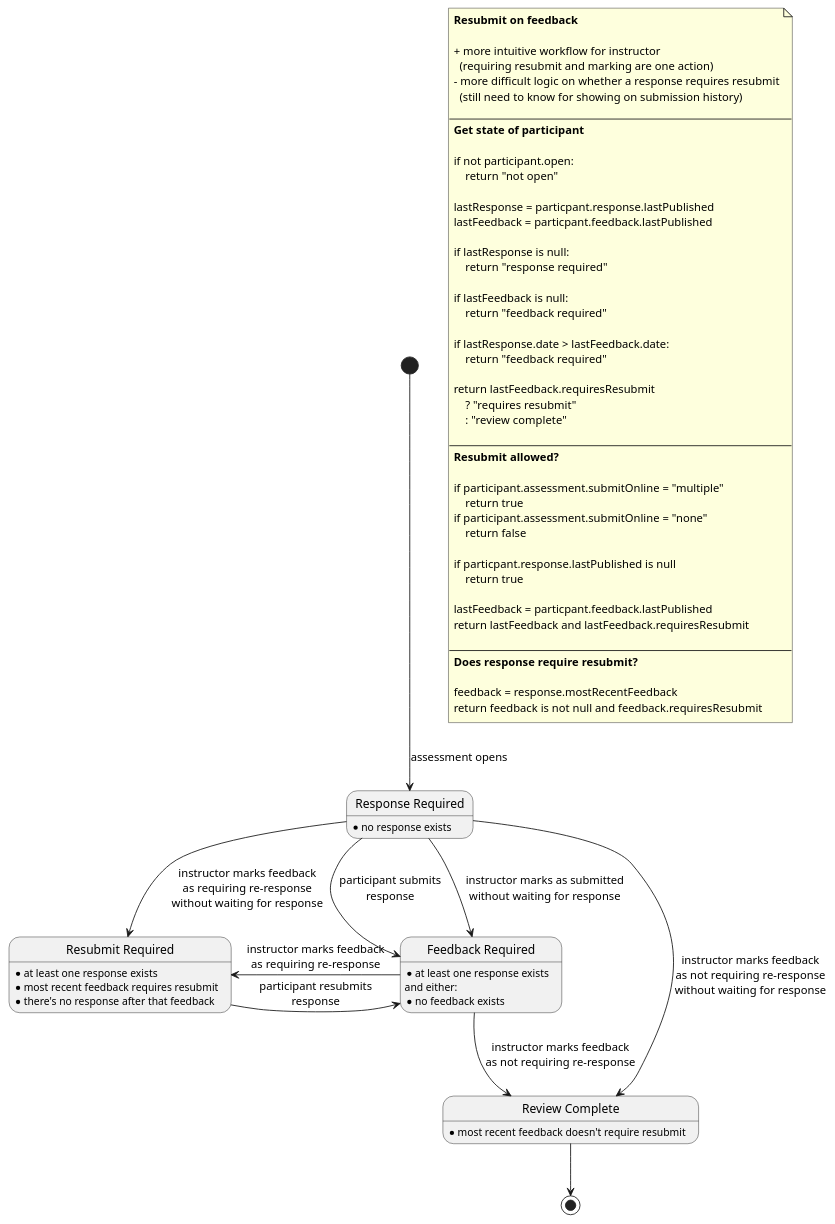
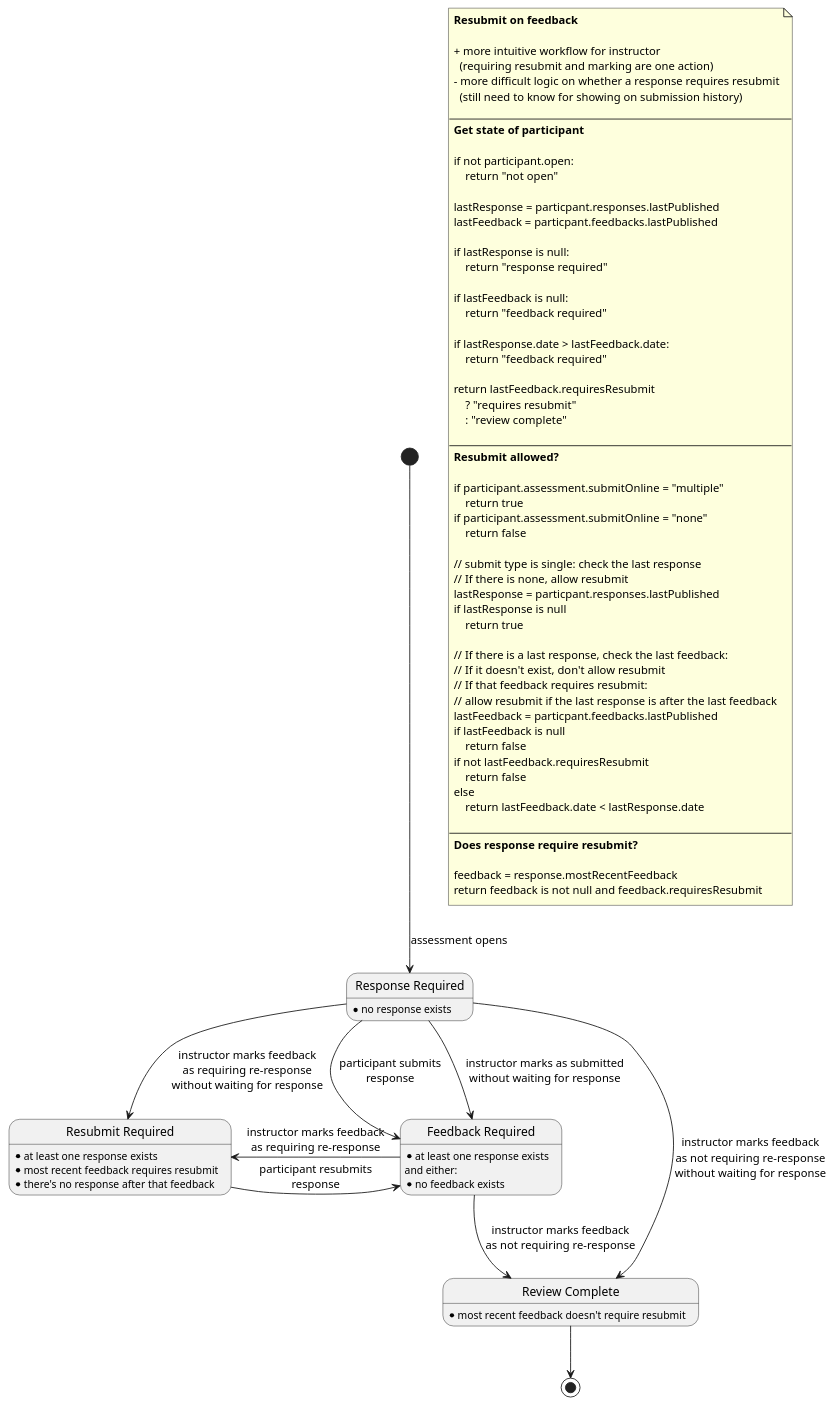
One commit to juliaattrevisan/schoolbox-api-docs changed the diagram in library/Schoolbox/Learning/Assessment/DueWork/resubmit-on-feedback.plantuml. Above: the diagram before and after it, drawn with PlantUML. The commit also changed 1 other file, not shown here.

Commit message:
Fix up resubmit allowed rule for resubmit on feedback [SA-9500]

```diff
--- a/library/Schoolbox/Learning/Assessment/DueWork/resubmit-on-feedback.plantuml
+++ b/library/Schoolbox/Learning/Assessment/DueWork/resubmit-on-feedback.plantuml
@@ -1,84 +1,96 @@
 @startuml
 
 note as n1
     <b>Resubmit on feedback</b>
 
     + more intuitive workflow for instructor
       (requiring resubmit and marking are one action)
     - more difficult logic on whether a response requires resubmit
       (still need to know for showing on submission history)
 
     ----
     <b>Get state of participant</b>
 
     if not participant.open:
         return "not open"
 
-    lastResponse = particpant.response.lastPublished
-    lastFeedback = particpant.feedback.lastPublished
+    lastResponse = particpant.responses.lastPublished
+    lastFeedback = particpant.feedbacks.lastPublished
 
     if lastResponse is null:
         return "response required"
 
     if lastFeedback is null:
         return "feedback required"
 
     if lastResponse.date > lastFeedback.date:
         return "feedback required"
 
     return lastFeedback.requiresResubmit
         ? "requires resubmit"
         : "review complete"
 
     ----
     <b>Resubmit allowed?</b>
 
     if participant.assessment.submitOnline = "multiple"
         return true
     if participant.assessment.submitOnline = "none"
         return false
 
-    if particpant.response.lastPublished is null
+    // submit type is single: check the last response
+    // If there is none, allow resubmit
+    lastResponse = particpant.responses.lastPublished
+    if lastResponse is null
         return true
 
-    lastFeedback = particpant.feedback.lastPublished
-    return lastFeedback and lastFeedback.requiresResubmit
+    // If there is a last response, check the last feedback:
+    // If it doesn't exist, don't allow resubmit
+    // If that feedback requires resubmit:
+    // allow resubmit if the last response is after the last feedback
+    lastFeedback = particpant.feedbacks.lastPublished
+    if lastFeedback is null
+        return false
+    if not lastFeedback.requiresResubmit
+        return false
+    else
+        return lastFeedback.date < lastResponse.date
 
     ----
     <b>Does response require resubmit?</b>
 
     feedback = response.mostRecentFeedback
     return feedback is not null and feedback.requiresResubmit
 end note
 
 state "Response Required" as RR
 RR : \
 * no response exists
 
 state "Feedback Required" as FR
 FR : \
 * at least one response exists\n\
 and either:\n\
 * no feedback exists
 
 state "Review Complete" as RC
 RC : \
 * most recent feedback doesn't require resubmit
 
 state "Resubmit Required" as RS
 RS : \
 * at least one response exists\n\
 * most recent feedback requires resubmit\n\
 * there's no response after that feedback
 
 [*] --> RR : assessment opens
 RR --> FR  : participant submits\nresponse
 RR --> FR  : instructor marks as submitted\nwithout waiting for response
 RR --> RC  : instructor marks feedback\nas not requiring re-response\nwithout waiting for response
 RR --> RS  : instructor marks feedback\nas requiring re-response\nwithout waiting for response
 FR --> RC  : instructor marks feedback\nas not requiring re-response
 FR -left-> RS : instructor marks feedback\nas requiring re-response
 RS -right-> FR  : participant resubmits\nresponse
 RC --> [*]
 
 @enduml
```
